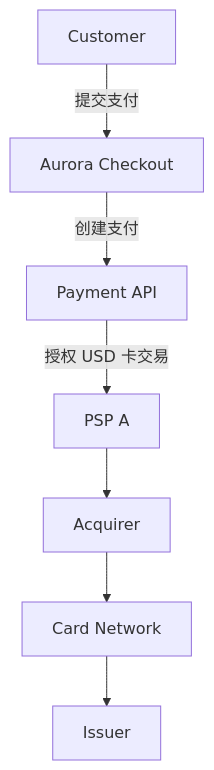
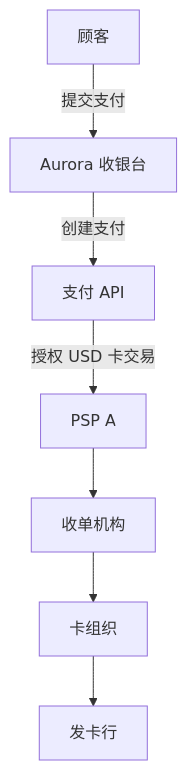
The first of 4 diagrams in part-1-foundations/why-payment-routing.md (YouEclipse/Designing-Modern-Payment-Systems), drawn with Mermaid before and after one commit. The commit also changed other lines of this file and 59 other files, not shown here.

````diff
--- a/part-1-foundations/why-payment-routing.md
+++ b/part-1-foundations/why-payment-routing.md
@@ -17,9 +17,9 @@
 ```mermaid
 flowchart TB
-    Customer["Customer"] -->|"提交支付"| Merchant["Aurora Checkout"]
-    Merchant -->|"创建支付"| PaymentAPI["Payment API"]
+    Customer["顾客"] -->|"提交支付"| Merchant["Aurora 收银台"]
+    Merchant -->|"创建支付"| PaymentAPI["支付 API"]
     PaymentAPI -->|"授权 USD 卡交易"| PSPA["PSP A"]
-    PSPA --> Acquirer["Acquirer"]
-    Acquirer --> Network["Card Network"]
-    Network --> Issuer["Issuer"]
+    PSPA --> Acquirer["收单机构"]
+    Acquirer --> Network["卡组织"]
+    Network --> Issuer["发卡行"]
 ```
````
